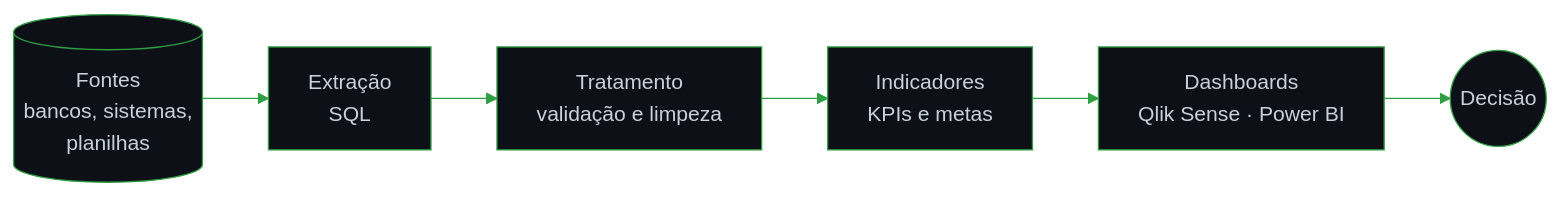
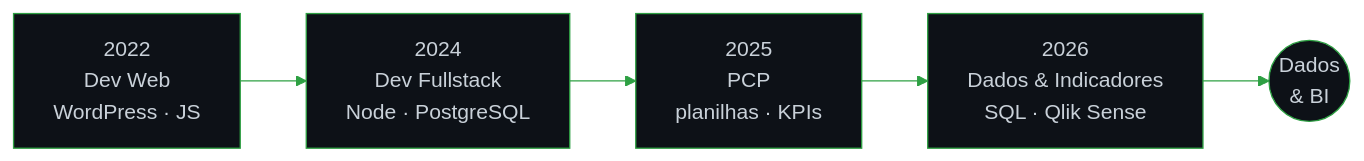
One commit to HugoHlebetz/HugoHlebetz changed the diagram in README.md. Above: the diagram before and after it, drawn with Mermaid. The commit also changed other lines of this file, not shown here.

Commit message:
Troca fluxo de dados por diagrama de trajetória
Claude-Session: https://claude.ai/code/session_018HMCMcASeEM6P1q82eAWSD

````diff
--- a/README.md
+++ b/README.md
@@ -86,9 +86,8 @@
 ```mermaid
 %%{init: {'theme':'base','themeVariables':{'primaryColor':'#0d1117','primaryTextColor':'#c9d1d9','primaryBorderColor':'#2ea043','lineColor':'#2ea043','fontFamily':'monospace'}}}%%
 flowchart LR
-    A[(Fontes<br/>bancos, sistemas,<br/>planilhas)] --> B[Extração<br/>SQL]
-    B --> C[Tratamento<br/>validação e limpeza]
-    C --> D[Indicadores<br/>KPIs e metas]
-    D --> E[Dashboards<br/>Qlik Sense · Power BI]
-    E --> F((Decisão))
+    A[2022<br/>Dev Web<br/>WordPress · JS] --> B[2024<br/>Dev Fullstack<br/>Node · PostgreSQL]
+    B --> C[2025<br/>PCP<br/>planilhas · KPIs]
+    C --> D[2026<br/>Dados & Indicadores<br/>SQL · Qlik Sense]
+    D --> E((Dados<br/>& BI))
 ```
````
